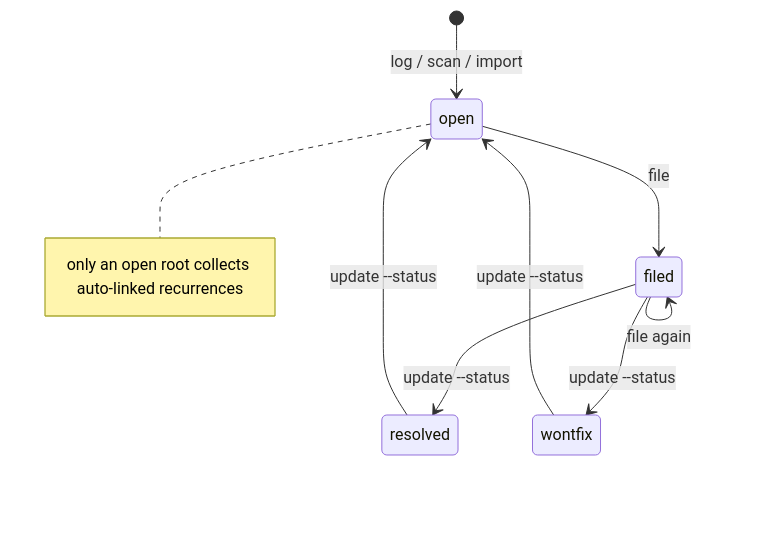
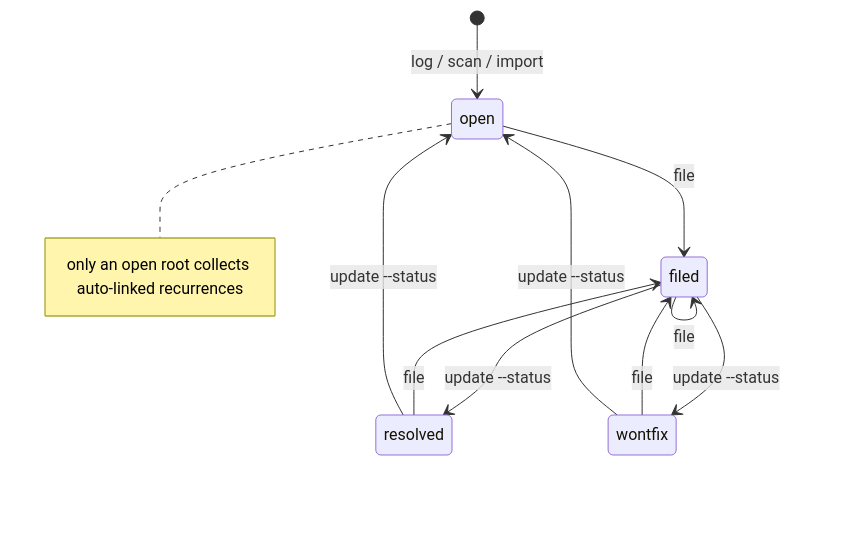
One commit to LanNguyenSi/agent-dx changed the diagram in packages/friction-log/docs/storage.md. Above: the diagram before and after it, drawn with Mermaid. The commit also changed other lines of this file and 3 other files, not shown here.

First line of the commit message:
docs(slop-detector,friction-log): sharpen release status, index and diagrams

````diff
--- a/packages/friction-log/docs/storage.md
+++ b/packages/friction-log/docs/storage.md
@@ -22,11 +22,13 @@
 ```mermaid
 stateDiagram-v2
     [*] --> open: log / scan / import
     open --> filed: file
-    filed --> filed: file again
+    resolved --> filed: file
+    wontfix --> filed: file
+    filed --> filed: file
     filed --> resolved: update --status
     filed --> wontfix: update --status
     resolved --> open: update --status
     wontfix --> open: update --status
     note right of open: only an open root collects auto-linked recurrences
 ```
````
